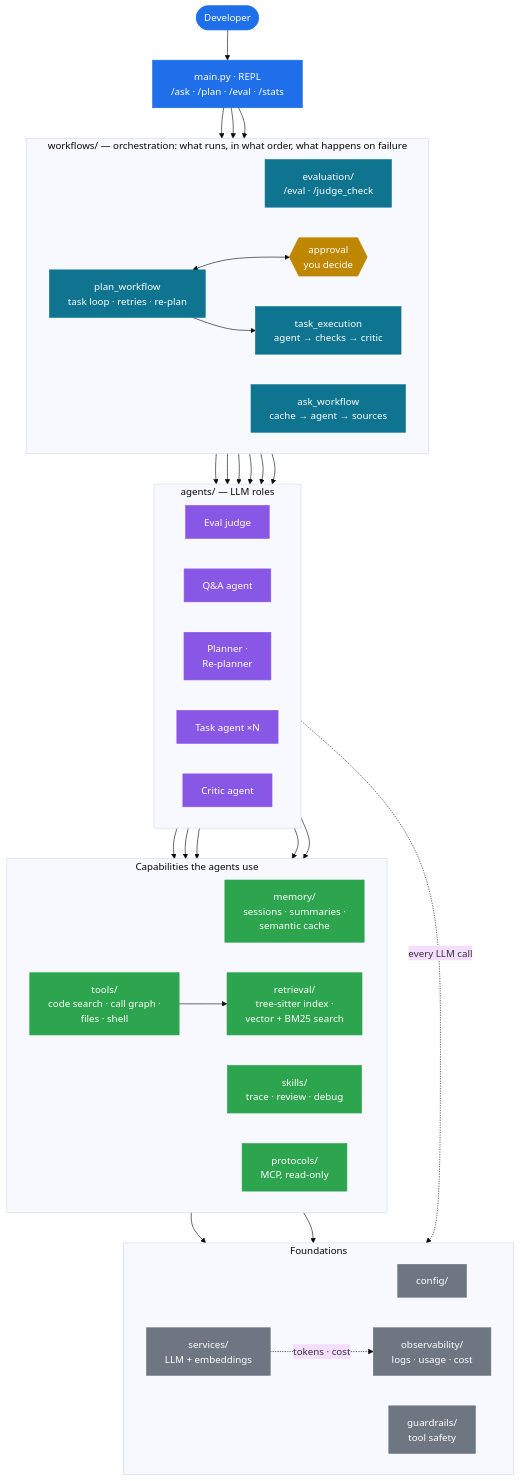
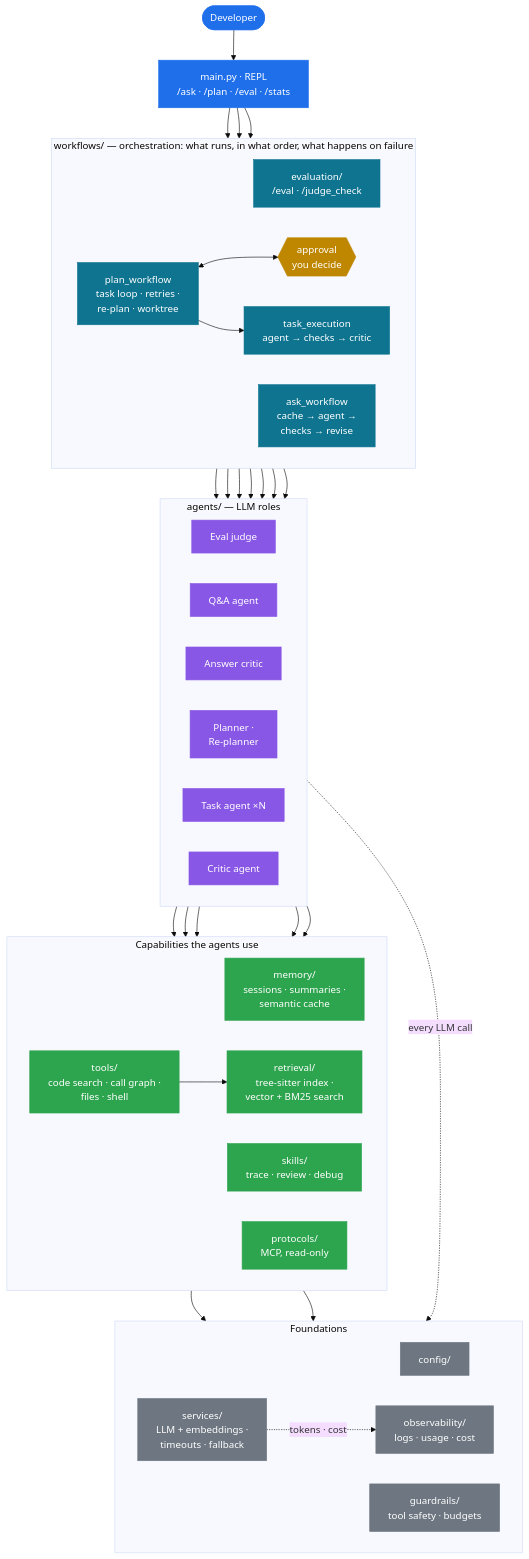
Before and after one commit to Parth-Babariya/RepoPilot: the first of 10 diagrams in README.md, drawn with Mermaid (base theme). The commit also changed other lines of this file and 27 other files, not shown here.

````diff
--- a/README.md
+++ b/README.md
@@ -63,75 +66,77 @@
 ```mermaid
 flowchart TB
     dev(["Developer"]) --> repl["main.py · REPL<br/>/ask · /plan · /eval · /stats"]
 
     subgraph WF["workflows/ — orchestration: what runs, in what order, what happens on failure"]
         direction LR
         evalwf["evaluation/<br/>/eval · /judge_check"]
-        askwf["ask_workflow<br/>cache → agent → sources"]
-        planwf["plan_workflow<br/>task loop · retries · re-plan"]
+        askwf["ask_workflow<br/>cache → agent →<br/>checks → revise"]
+        planwf["plan_workflow<br/>task loop · retries ·<br/>re-plan · worktree"]
         hitl{{"approval<br/>you decide"}}
         exec["task_execution<br/>agent → checks → critic"]
     end
 
     subgraph AG["agents/ — LLM roles"]
         direction LR
         ejudge["Eval judge"]
         qa["Q&A agent"]
+        acritic["Answer critic"]
         planner["Planner ·<br/>Re-planner"]
         task["Task agent ×N"]
         critic["Critic agent"]
     end
 
     subgraph CAP["Capabilities the agents use"]
         direction LR
         mem["memory/<br/>sessions · summaries ·<br/>semantic cache"]
         skills["skills/<br/>trace · review · debug"]
         proto["protocols/<br/>MCP, read-only"]
         tools["tools/<br/>code search · call graph ·<br/>files · shell"]
         retr["retrieval/<br/>tree-sitter index ·<br/>vector + BM25 search"]
     end
 
     subgraph FND["Foundations"]
         direction LR
         cfg["config/"]
-        svc["services/<br/>LLM + embeddings"]
+        svc["services/<br/>LLM + embeddings ·<br/>timeouts · fallback"]
         obs["observability/<br/>logs · usage · cost"]
-        guard["guardrails/<br/>tool safety"]
+        guard["guardrails/<br/>tool safety · budgets"]
     end
 
     repl --> askwf
     repl --> planwf
     repl --> evalwf
     askwf --> qa
+    askwf --> acritic
     planwf --> planner
     planwf <--> hitl
     planwf --> exec
     exec --> task
     exec --> critic
     evalwf --> qa
     evalwf --> ejudge
 
     qa --> tools
     qa --> mem
     qa --> skills
     qa --> proto
     task --> tools
     tools --> retr
     tools --> guard
     proto --> guard
     AG -. "every LLM call" .-> svc
     svc -. "tokens · cost" .-> obs
 
     classDef entry fill:#1f6feb,stroke:#1f6feb,color:#fff
     classDef flow fill:#0e7490,stroke:#0e7490,color:#fff
     classDef agent fill:#8957e5,stroke:#8957e5,color:#fff
     classDef cap fill:#2da44e,stroke:#2da44e,color:#fff
     classDef base fill:#6e7781,stroke:#6e7781,color:#fff
     classDef human fill:#bf8700,stroke:#bf8700,color:#fff
     class dev,repl entry
     class askwf,planwf,exec,evalwf flow
-    class qa,planner,task,critic,ejudge agent
+    class qa,acritic,planner,task,critic,ejudge agent
     class tools,retr,mem,skills,proto cap
     class guard,svc,obs,cfg base
     class hitl human
 ```
````
